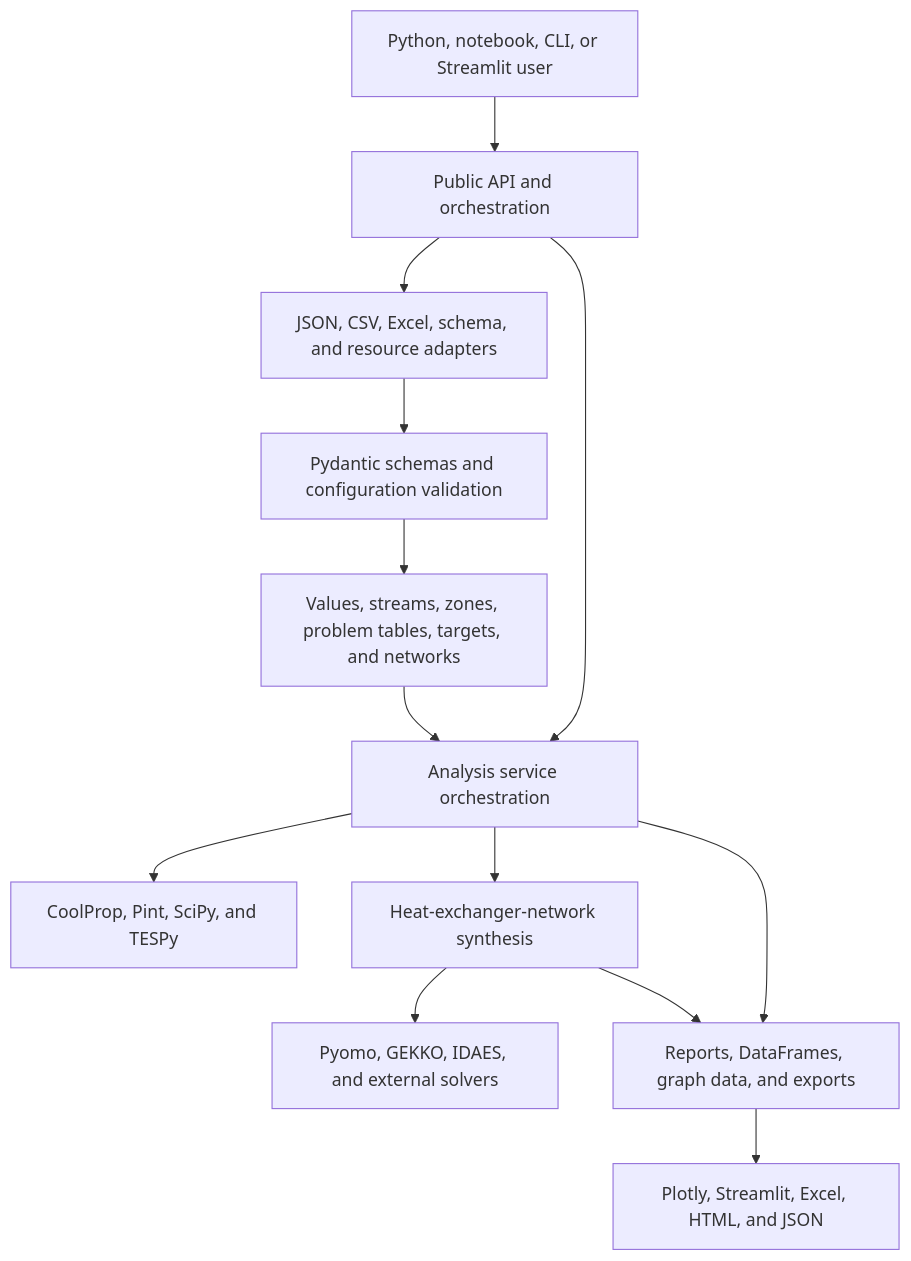
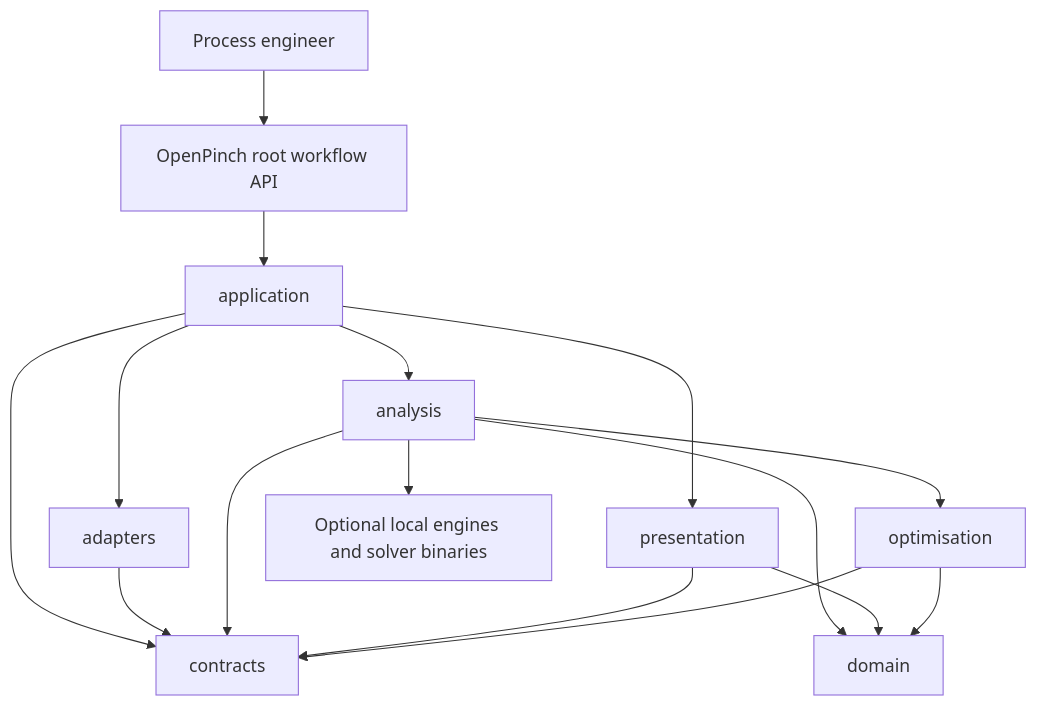
Before and after one commit to waikato-ahuora-smart-energy-systems/OpenPinch: the first of 2 diagrams in aidlc-docs/inception/reverse-engineering/architecture.md, drawn with Mermaid. The commit also changed other lines of this file and 50 other files, not shown here.

````diff
--- a/aidlc-docs/inception/reverse-engineering/architecture.md
+++ b/aidlc-docs/inception/reverse-engineering/architecture.md
@@ -11,15 +16,18 @@
 ```mermaid
 flowchart TD
-    User["Python, notebook, CLI, or Streamlit user"] --> Public["Public API and orchestration"]
-    Public --> Adapters["JSON, CSV, Excel, schema, and resource adapters"]
-    Adapters --> Schemas["Pydantic schemas and configuration validation"]
-    Schemas --> Domain["Values, streams, zones, problem tables, targets, and networks"]
-    Public --> Services["Analysis service orchestration"]
-    Domain --> Services
-    Services --> Thermo["CoolProp, Pint, SciPy, and TESPy"]
-    Services --> HEN["Heat-exchanger-network synthesis"]
-    HEN --> Solvers["Pyomo, GEKKO, IDAES, and external solvers"]
-    Services --> Output["Reports, DataFrames, graph data, and exports"]
-    HEN --> Output
-    Output --> Presentation["Plotly, Streamlit, Excel, HTML, and JSON"]
+    User["Process engineer"] --> Root["OpenPinch root workflow API"]
+    Root --> Application["application"]
+    Application --> Contracts["contracts"]
+    Application --> Adapters["adapters"]
+    Application --> Analysis["analysis"]
+    Application --> Presentation["presentation"]
+    Adapters --> Contracts
+    Analysis --> Domain["domain"]
+    Analysis --> Contracts
+    Analysis --> Optimisation["optimisation"]
+    Presentation --> Contracts
+    Presentation --> Domain
+    Optimisation --> Domain
+    Optimisation --> Contracts
+    Analysis --> Engines["Optional local engines and solver binaries"]
 ```
````
